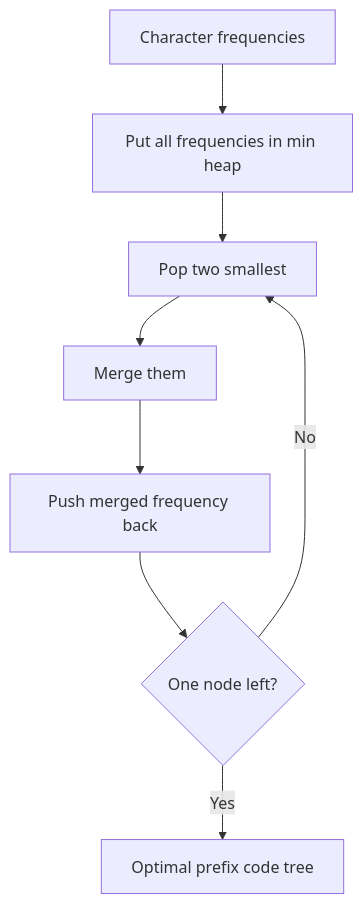
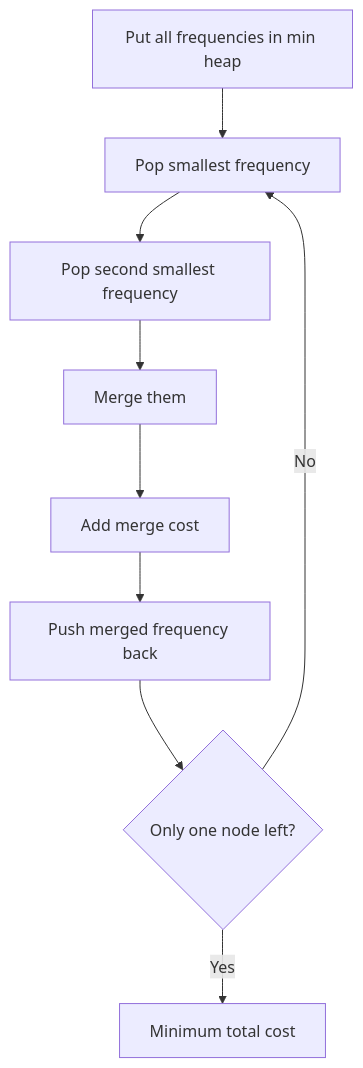
Before and after one commit to mthaiseer/springcloud-systemdesign-notes: diagram 14 of 22 in CP_DSA_NOTES/CONCEPT_FRAMEWORK_FORMS_TATICS/010_GREEDY_CFFT.md, drawn with Mermaid. The commit also changed other lines of this file and 1 other file, not shown here.

````diff
--- a/CP_DSA_NOTES/CONCEPT_FRAMEWORK_FORMS_TATICS/010_GREEDY_CFFT.md
+++ b/CP_DSA_NOTES/CONCEPT_FRAMEWORK_FORMS_TATICS/010_GREEDY_CFFT.md
@@ -718,10 +862,11 @@
 ```mermaid
 flowchart TD
-    A[Character frequencies] --> B[Put all frequencies in min heap]
-    B --> C[Pop two smallest]
+    A[Put all frequencies in min heap] --> B[Pop smallest frequency]
+    B --> C[Pop second smallest frequency]
     C --> D[Merge them]
-    D --> E[Push merged frequency back]
-    E --> F{One node left?}
-    F -->|No| C
-    F -->|Yes| G[Optimal prefix code tree]
+    D --> E[Add merge cost]
+    E --> F[Push merged frequency back]
+    F --> G{Only one node left?}
+    G -->|No| B
+    G -->|Yes| H[Minimum total cost]
 ```
````
